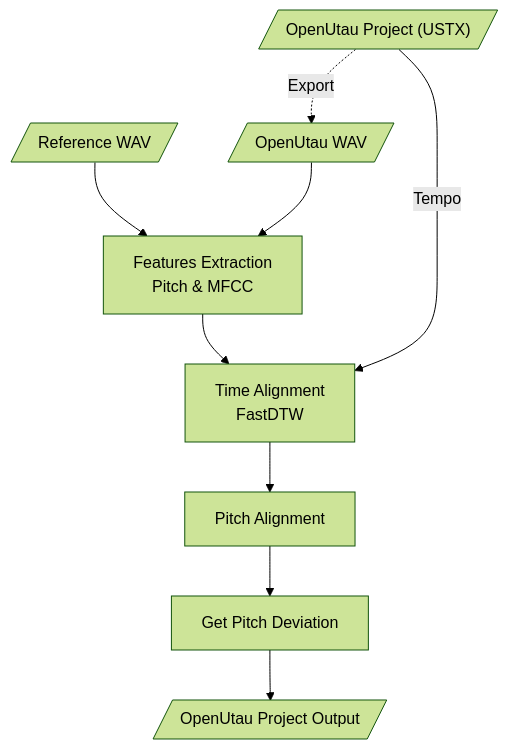
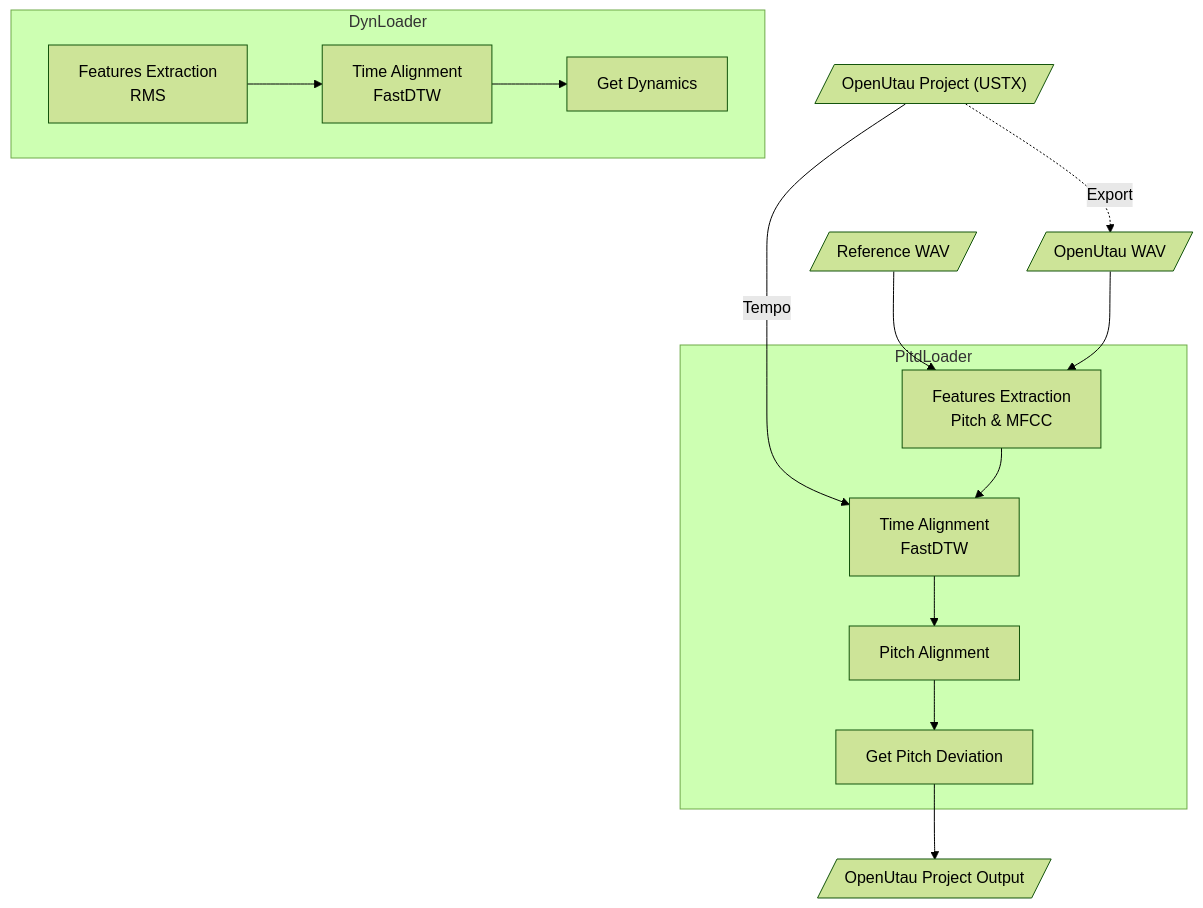
One commit to NewComer00/expressive changed the diagram in README.md. Above: the diagram before and after it, drawn with Mermaid (forest theme). The commit also changed other lines of this file and 19 other files, not shown here.

````diff
--- a/README.md
+++ b/README.md
@@ -63,24 +90,36 @@
 ```mermaid
 graph TD;
-    ustx_in[/"OpenUtau Project (USTX)"/]
-    refwav[/"Reference WAV"/]
-    utauwav[/"OpenUtau WAV"/]
-    ustx_in-.->|Export|utauwav
+  subgraph DynLoader
+    feat_dyn["Features Extraction<br>RMS"]
 
-    feat_ext["Features Extraction<br>Pitch & MFCC"]
-    refwav-->feat_ext
-    utauwav-->feat_ext
+    time_dyn["Time Alignment<br>FastDTW"]
+    feat_dyn-->time_dyn
 
-    time_algn["Time Alignment<br>FastDTW"]
-    feat_ext-->time_algn
-    ustx_in-->|Tempo|time_algn
+    get_dyn["Get Dynamics"]
+    time_dyn-->get_dyn
+  end
+
+  ustx_in[/"OpenUtau Project (USTX)"/]
+  refwav[/"Reference WAV"/]
+  utauwav[/"OpenUtau WAV"/]
+  refwav-->feat_pitd
+  ustx_in-.->|Export|utauwav
+  utauwav-->feat_pitd
+  ustx_in-->|Tempo|time_pitd
+
+  subgraph PitdLoader
+    feat_pitd["Features Extraction<br>Pitch & MFCC"]
+
+    time_pitd["Time Alignment<br>FastDTW"]
+    feat_pitd-->time_pitd
 
     pitch_algn["Pitch Alignment"]
-    time_algn-->pitch_algn
+    time_pitd-->pitch_algn
 
-    get_pdev["Get Pitch Deviation"]
-    pitch_algn-->get_pdev
+    get_pitd["Get Pitch Deviation"]
+    pitch_algn-->get_pitd
+  end
 
     utsx_out[/"OpenUtau Project Output"/]
-    get_pdev-->utsx_out
+    get_pitd-->utsx_out
 ```
````
